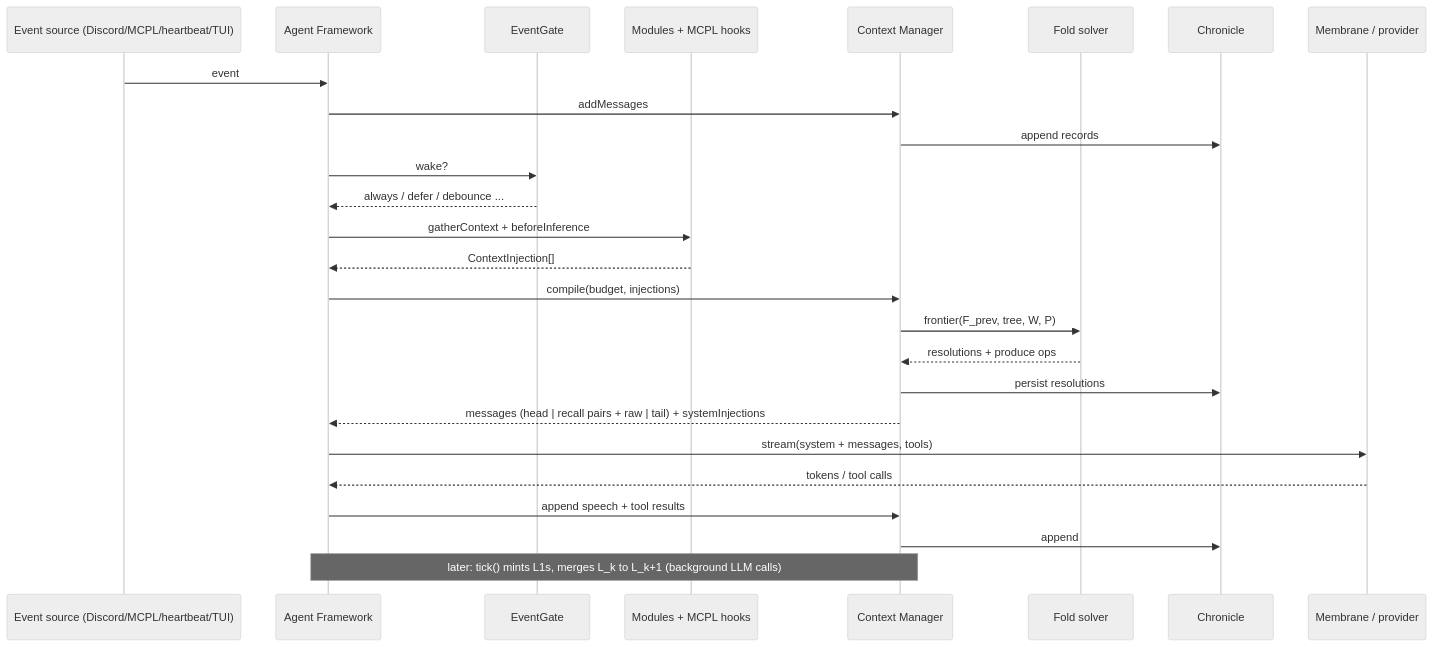
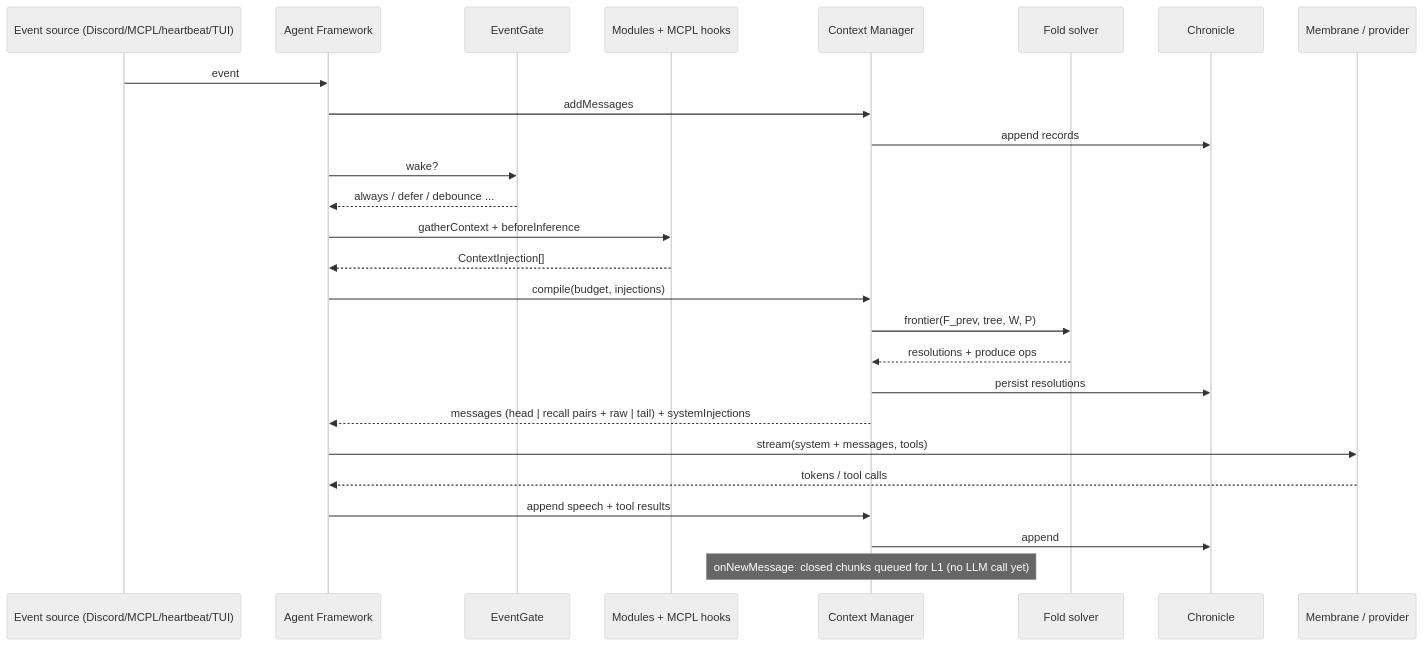
One commit to weftwiseink/clauthier changed the second of 3 diagrams in cdocs/reports/2026-09-26-connectome-deep-dive.md. Above: the diagram before and after it, drawn with Mermaid (neutral theme). The commit also changed other lines of this file, not shown here.

````diff
--- a/cdocs/reports/2026-09-26-connectome-deep-dive.md
+++ b/cdocs/reports/2026-09-26-connectome-deep-dive.md
@@ -229,28 +261,28 @@
 ```mermaid
 sequenceDiagram
   participant Ext as Event source (Discord/MCPL/heartbeat/TUI)
   participant AF as Agent Framework
   participant Gate as EventGate
   participant Mod as Modules + MCPL hooks
   participant CM as Context Manager
   participant Solver as Fold solver
   participant Chr as Chronicle
   participant Mem as Membrane / provider
   Ext->>AF: event
   AF->>CM: addMessages
   CM->>Chr: append records
   AF->>Gate: wake?
   Gate-->>AF: always / defer / debounce ...
   AF->>Mod: gatherContext + beforeInference
   Mod-->>AF: ContextInjection[]
   AF->>CM: compile(budget, injections)
   CM->>Solver: frontier(F_prev, tree, W, P)
   Solver-->>CM: resolutions + produce ops
   CM->>Chr: persist resolutions
   CM-->>AF: messages (head | recall pairs + raw | tail) + systemInjections
   AF->>Mem: stream(system + messages, tools)
   Mem-->>AF: tokens / tool calls
   AF->>CM: append speech + tool results
   CM->>Chr: append
-  Note over AF,CM: later: tick() mints L1s, merges L_k to L_k+1 (background LLM calls)
+  Note over CM: onNewMessage: closed chunks queued for L1 (no LLM call yet)
 ```
````
